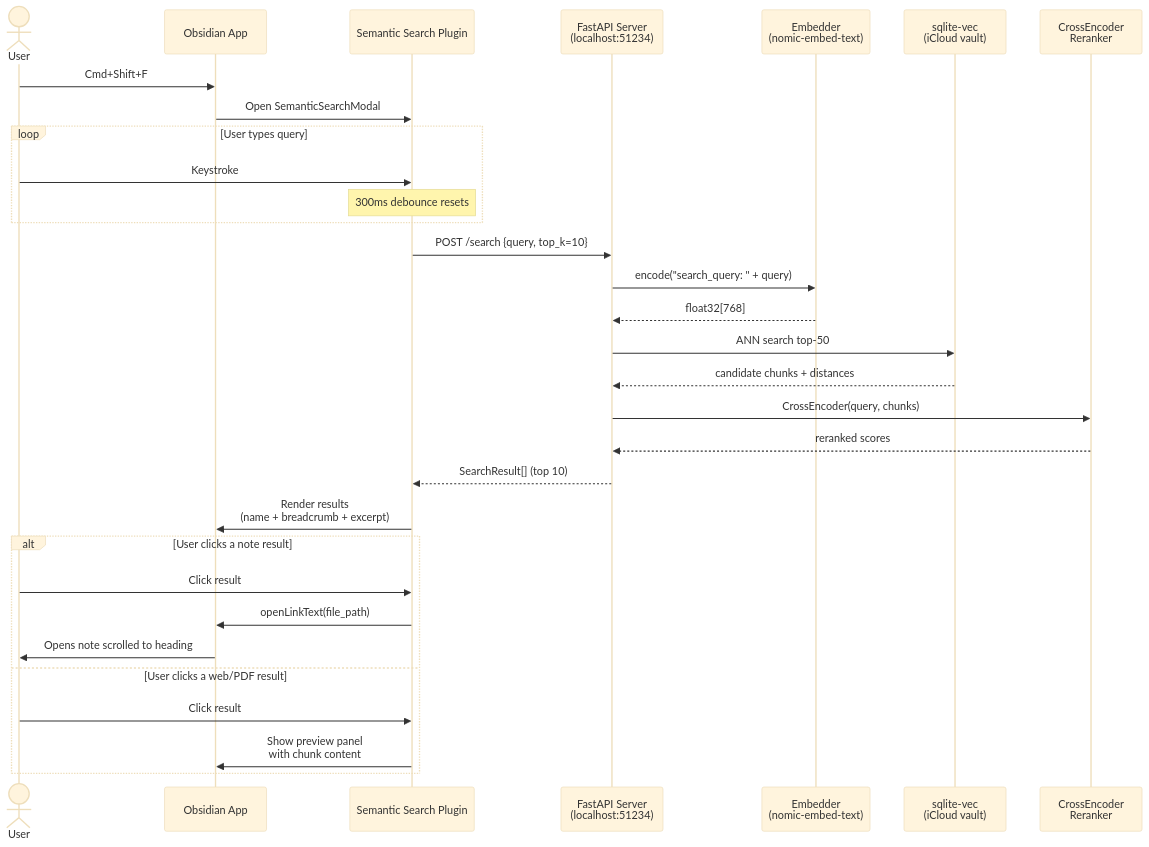
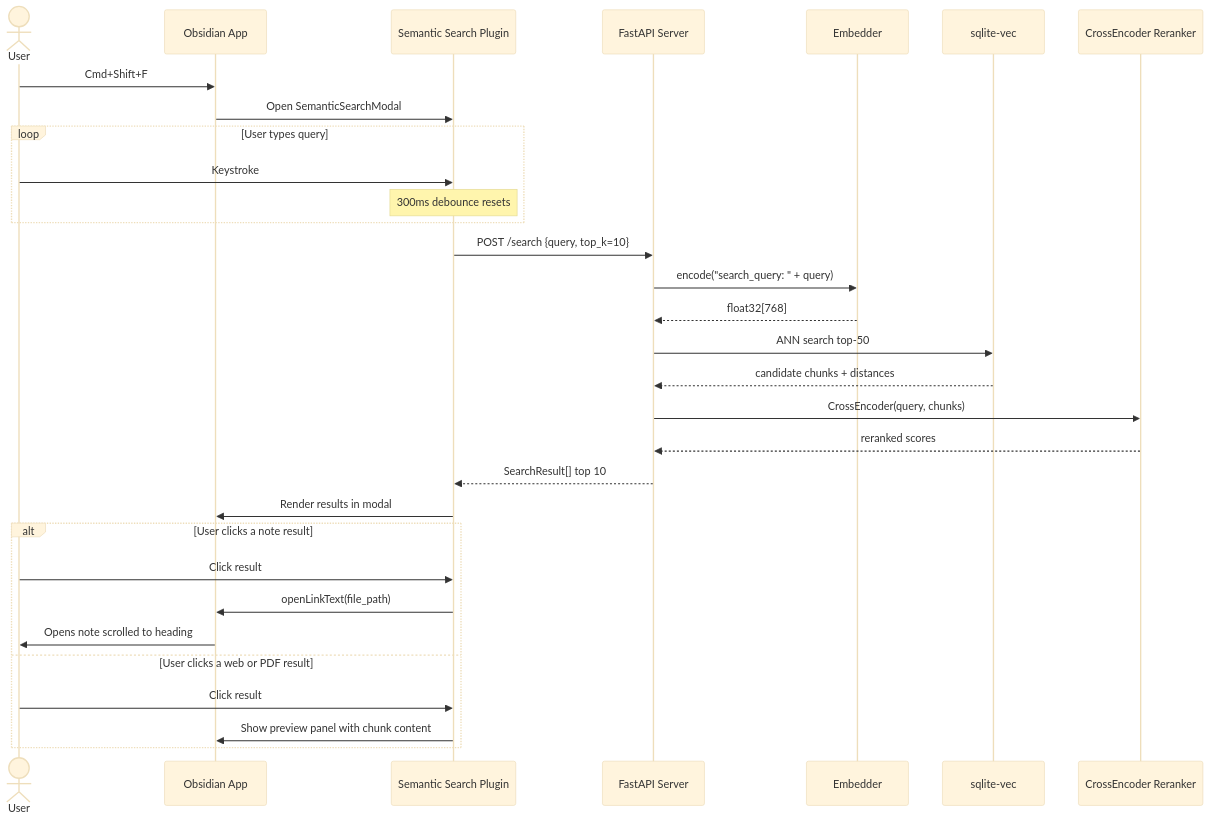
The second of 7 diagrams in docs/userflows.md (unnitin/obsidian-mcp), drawn with Mermaid (base theme) before and after one commit. The commit also changed other lines of this file and 8 other files, not shown here.

````diff
--- a/docs/userflows.md
+++ b/docs/userflows.md
@@ -52,37 +52,38 @@
 ```mermaid
 sequenceDiagram
     actor User
     participant Obsidian as Obsidian App
     participant Plugin as Semantic Search Plugin
-    participant API as FastAPI Server<br/>(localhost:51234)
-    participant Embed as Embedder<br/>(nomic-embed-text)
-    participant DB as sqlite-vec<br/>(iCloud vault)
-    participant Rerank as CrossEncoder<br/>Reranker
+    participant API as FastAPI Server
+    participant Embed as Embedder
+    participant DB as sqlite-vec
+    participant Rerank as CrossEncoder Reranker
 
     User->>Obsidian: Cmd+Shift+F
     Obsidian->>Plugin: Open SemanticSearchModal
 
     loop User types query
         User->>Plugin: Keystroke
         Note over Plugin: 300ms debounce resets
     end
 
     Plugin->>API: POST /search {query, top_k=10}
     API->>Embed: encode("search_query: " + query)
     Embed-->>API: float32[768]
     API->>DB: ANN search top-50
     DB-->>API: candidate chunks + distances
     API->>Rerank: CrossEncoder(query, chunks)
     Rerank-->>API: reranked scores
-    API-->>Plugin: SearchResult[] (top 10)
-    Plugin->>Obsidian: Render results<br/>(name + breadcrumb + excerpt)
+    API-->>Plugin: SearchResult[] top 10
+
+    Plugin->>Obsidian: Render results in modal
 
     alt User clicks a note result
         User->>Plugin: Click result
         Plugin->>Obsidian: openLinkText(file_path)
         Obsidian->>User: Opens note scrolled to heading
-    else User clicks a web/PDF result
+    else User clicks a web or PDF result
         User->>Plugin: Click result
-        Plugin->>Obsidian: Show preview panel<br/>with chunk content
+        Plugin->>Obsidian: Show preview panel with chunk content
     end
 ```
````
